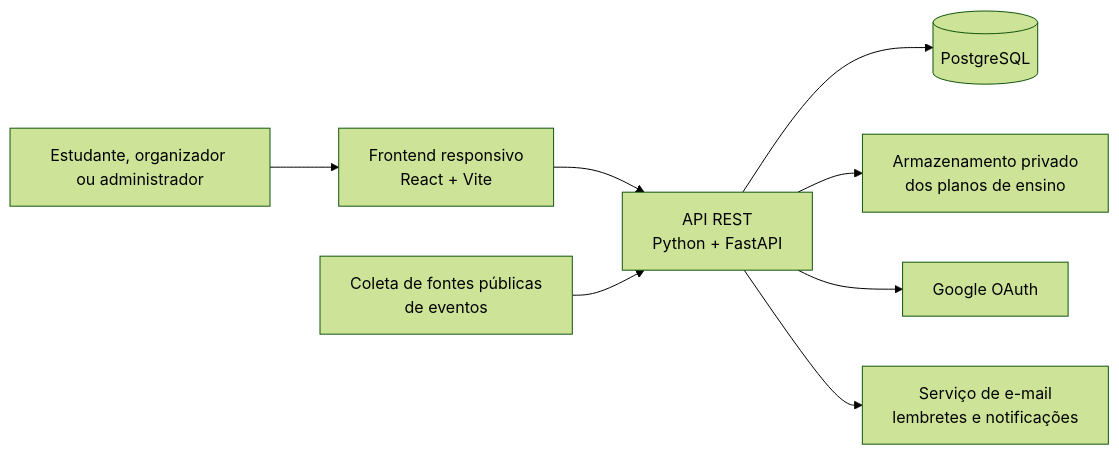
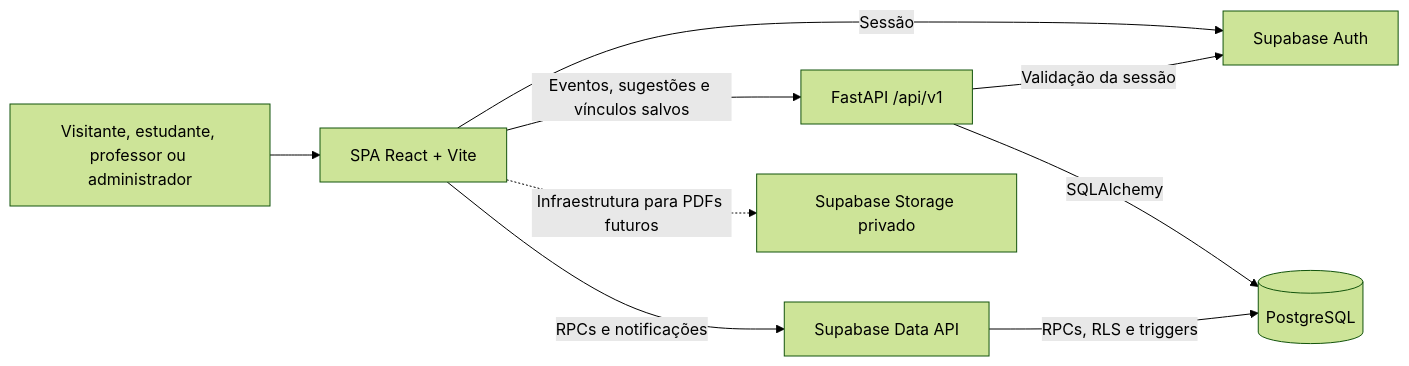
One commit to unb-mds/2026-2-AgendaUnB changed the diagram in docs/Architecture.md. Above: the diagram before and after it, drawn with Mermaid (forest theme). The commit also changed other lines of this file and 15 other files, not shown here.

````diff
--- a/docs/Architecture.md
+++ b/docs/Architecture.md
@@ -13,10 +9,11 @@
 ```mermaid
 flowchart LR
-    U[Estudante, organizador ou administrador] --> WEB[Frontend responsivo<br/>React + Vite]
-    WEB --> API[API REST<br/>Python + FastAPI]
-    API --> DB[(PostgreSQL)]
-    API --> FILES[Armazenamento privado<br/>dos planos de ensino]
-    API --> GOOGLE[Google OAuth]
-    API --> EMAIL[Serviço de e-mail<br/>lembretes e notificações]
-    COLLECTOR[Coleta de fontes públicas<br/>de eventos] --> API
+    U[Visitante, estudante, professor ou administrador] --> WEB[SPA React + Vite]
+    WEB -->|Eventos, sugestões e vínculos salvos| API[FastAPI /api/v1]
+    WEB -->|Sessão| AUTH[Supabase Auth]
+    WEB -->|RPCs e notificações| DATA[Supabase Data API]
+    API -->|Validação da sessão| AUTH
+    API -->|SQLAlchemy| DB[(PostgreSQL)]
+    DATA -->|RPCs, RLS e triggers| DB
+    WEB -. Infraestrutura para PDFs futuros .-> STORAGE[Supabase Storage privado]
 ```
````
